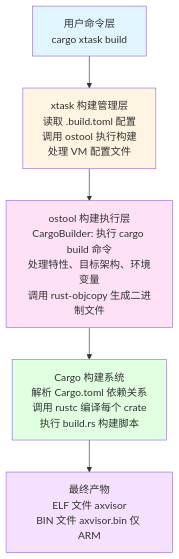
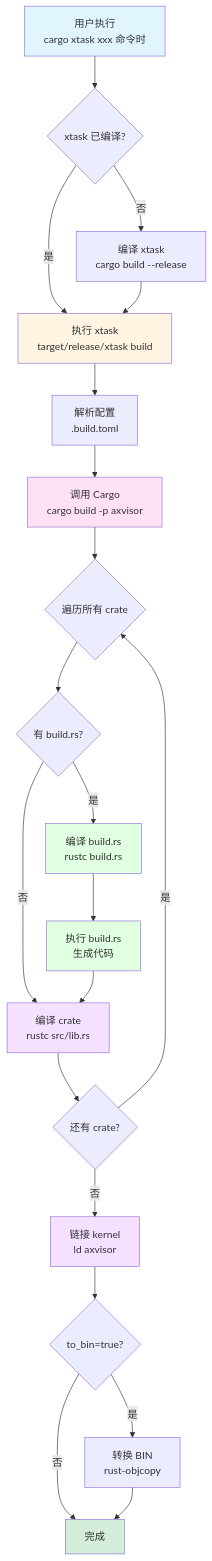
One commit to arceos-hypervisor/axvisor changed the first of 2 diagrams in doc/00_AXVISOR_BUILD.md. Above: the diagram before and after it, drawn with Mermaid. The commit also changed other lines of this file, not shown here.

````diff
--- a/doc/00_AXVISOR_BUILD.md
+++ b/doc/00_AXVISOR_BUILD.md
@@ -39,13 +65,37 @@
 ```mermaid
 graph TD
-    A[用户命令层<br/>cargo xtask build] --> B[xtask 构建管理层<br/>读取 .build.toml 配置<br/>调用 ostool 执行构建<br/>处理 VM 配置文件]
-    B --> C[ostool 构建执行层<br/>CargoBuilder: 执行 cargo build 命令<br/>处理特性、目标架构、环境变量<br/>调用 rust-objcopy 生成二进制文件]
-    C --> D[Cargo 构建系统<br/>解析 Cargo.toml 依赖关系<br/>调用 rustc 编译每个 crate<br/>执行 build.rs 构建脚本]
-    D --> E[最终产物<br/>ELF 文件 axvisor<br/>BIN 文件 axvisor.bin 仅 ARM]
-
-    style A fill:#e1f5ff
-    style B fill:#fff4e1
-    style C fill:#ffe1f5
-    style D fill:#e1ffe1
-    style E fill:#f5e1ff
+    Start[用户执行<br/>cargo xtask xxx 命令时] --> XtaskCompile{xtask 已编译?}
+    XtaskCompile -->|否| CompileXtask[编译 xtask<br/>cargo build --release]
+    XtaskCompile -->|是| XtaskExec[执行 xtask<br/>target/release/xtask build]
+    CompileXtask --> XtaskExec
+    
+    XtaskExec --> ParseConfig[解析配置<br/>.build.toml]
+    ParseConfig --> CargoBuild[调用 Cargo<br/>cargo build -p axvisor]
+    
+    CargoBuild --> CrateLoop{遍历所有 crate}
+    CrateLoop --> HasBuildRs{有 build.rs?}
+    
+    HasBuildRs -->|是| CompileBuildRs[编译 build.rs<br/>rustc build.rs]
+    HasBuildRs -->|否| CompileCrate[编译 crate<br/>rustc src/lib.rs]
+    
+    CompileBuildRs --> ExecBuildRs[执行 build.rs<br/>生成代码]
+    ExecBuildRs --> CompileCrate
+    
+    CompileCrate --> NextCrate{还有 crate?}
+    NextCrate -->|是| CrateLoop
+    NextCrate -->|否| LinkKernel[链接 kernel<br/>ld axvisor]
+    
+    LinkKernel --> ToBin{to_bin=true?}
+    ToBin -->|是| ObjCopy[转换 BIN<br/>rust-objcopy]
+    ToBin -->|否| End[完成]
+    ObjCopy --> End
+    
+    style Start fill:#e1f5ff
+    style XtaskExec fill:#fff4e1
+    style CargoBuild fill:#ffe1f5
+    style CompileBuildRs fill:#e1ffe1
+    style ExecBuildRs fill:#e1ffe1
+    style CompileCrate fill:#f5e1ff
+    style LinkKernel fill:#f5e1ff
+    style End fill:#d4edda
 ```
````
